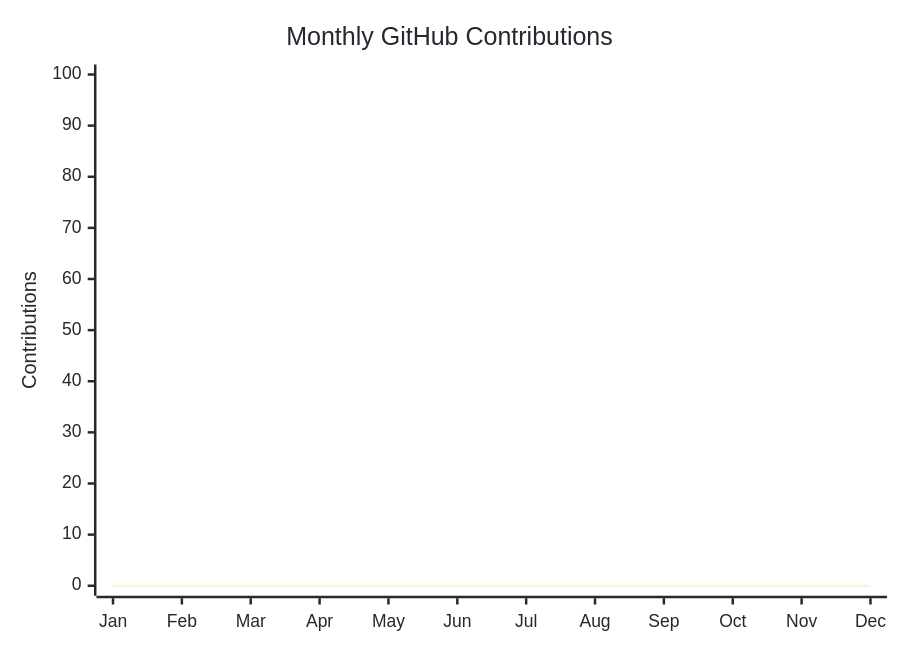
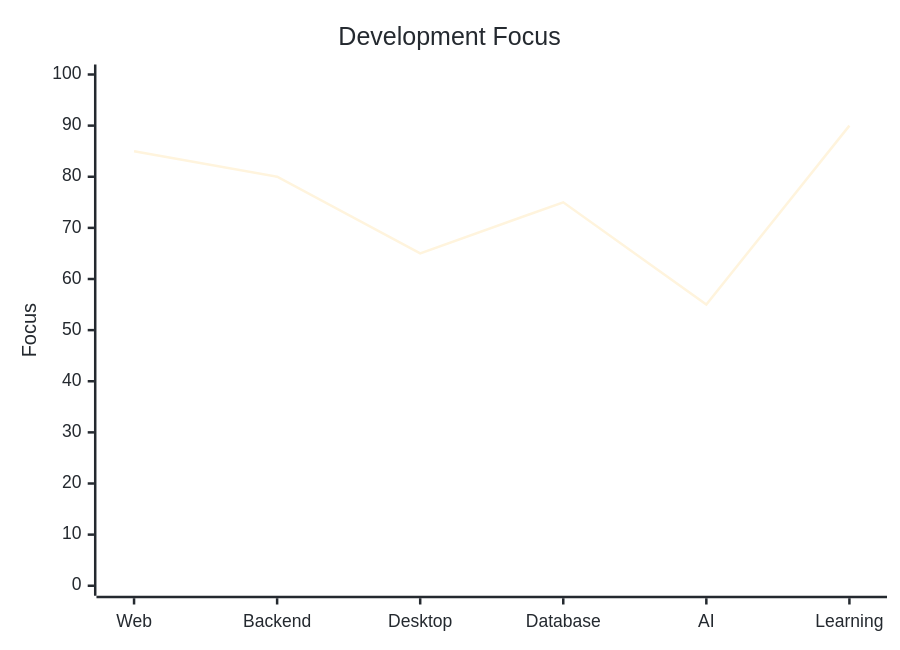
The third of 4 diagrams in README.md (Mohammed927353/Mohammed927353), drawn with Mermaid before and after one commit. The commit also changed other lines of this file, not shown here.

````diff
--- a/README.md
+++ b/README.md
@@ -208,18 +198,18 @@
 ```mermaid
 %%{init: {
   "theme": "base",
   "themeVariables": {
     "fontFamily": "Arial",
     "primaryTextColor": "#24292F",
-    "lineColor": "#F59E0B",
     "textColor": "#24292F",
-    "background": "#FFFFFF"
+    "background": "#FFFFFF",
+    "lineColor": "#F59E0B"
   }
 }}%%
 
 xychart-beta
-    title "Monthly GitHub Contributions"
-    x-axis ["Jan", "Feb", "Mar", "Apr", "May", "Jun", "Jul", "Aug", "Sep", "Oct", "Nov", "Dec"]
-    y-axis "Contributions" 0 --> 100
-    line [0, 0, 0, 0, 0, 0, 0, 0, 0, 0, 0, 0]
+    title "Development Focus"
+    x-axis ["Web", "Backend", "Desktop", "Database", "AI", "Learning"]
+    y-axis "Focus" 0 --> 100
+    line [85, 80, 65, 75, 55, 90]
 ```
````
